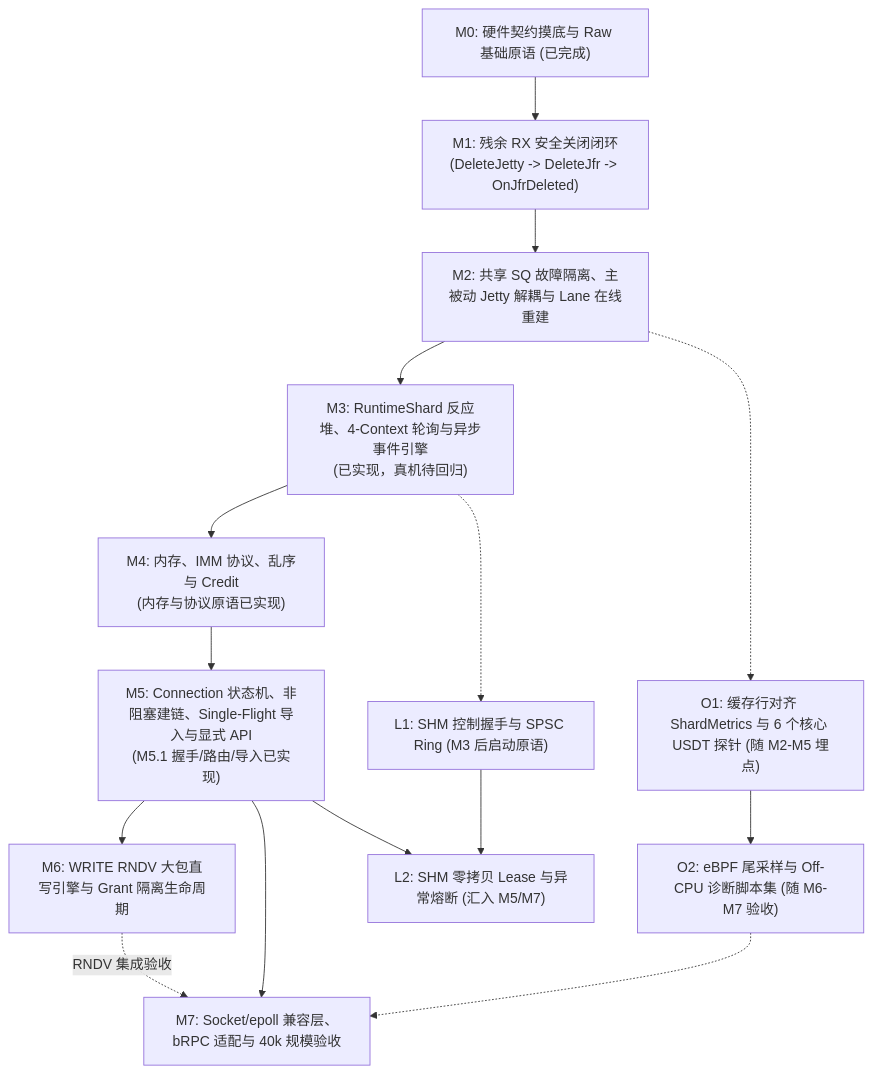
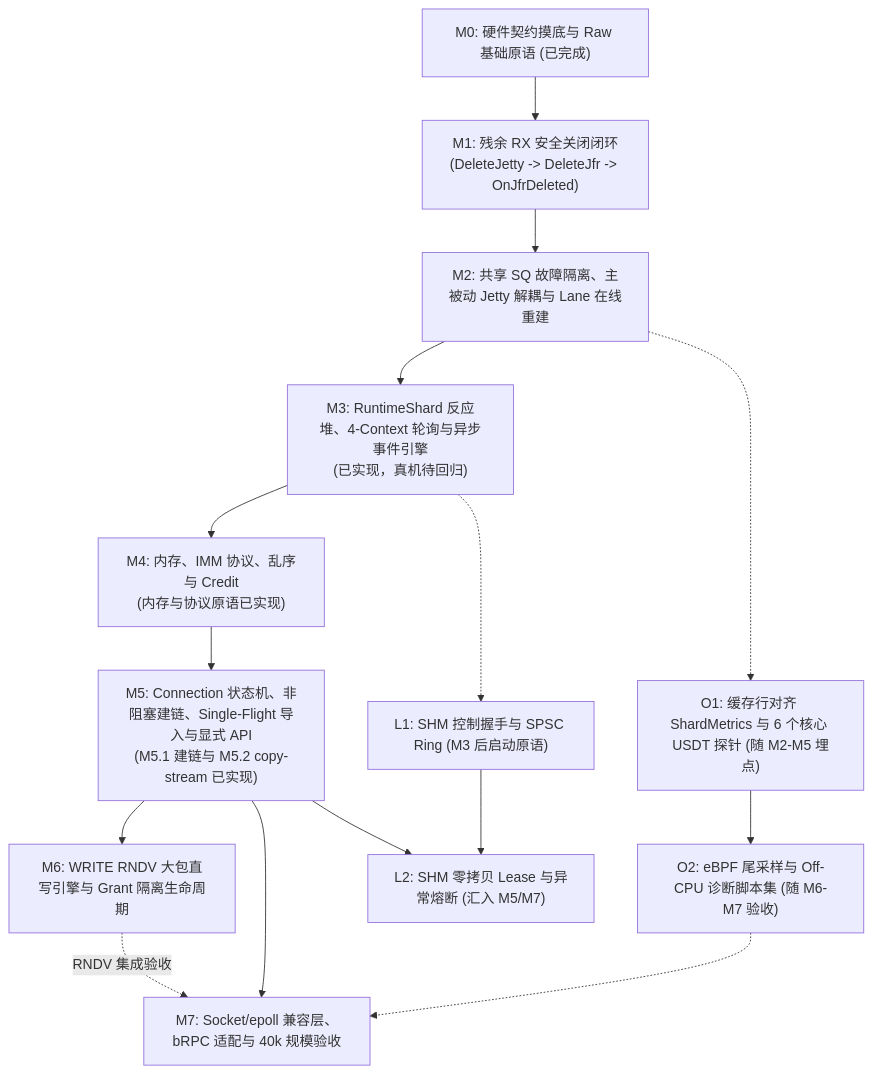
One commit to condy0919/kbsocket changed the diagram in docs/roadmap.md. Above: the diagram before and after it, drawn with Mermaid. The commit also changed other lines of this file and 28 other files, not shown here.

````diff
--- a/docs/roadmap.md
+++ b/docs/roadmap.md
@@ -41,25 +41,25 @@
 ```mermaid
 flowchart TD
     M0["M0: 硬件契约摸底与 Raw 基础原语 (已完成)"]
     M1["M1: 残余 RX 安全关闭闭环<br/>(DeleteJetty -> DeleteJfr -> OnJfrDeleted)"]
     M2["M2: 共享 SQ 故障隔离、主被动 Jetty 解耦与 Lane 在线重建"]
     M3["M3: RuntimeShard 反应堆、4-Context 轮询与异步事件引擎<br/>(已实现，真机待回归)"]
     M4["M4: 内存、IMM 协议、乱序与 Credit<br/>(内存与协议原语已实现)"]
-    M5["M5: Connection 状态机、非阻塞建链、Single-Flight 导入与显式 API<br/>(M5.1 握手/路由/导入已实现)"]
+    M5["M5: Connection 状态机、非阻塞建链、Single-Flight 导入与显式 API<br/>(M5.1 建链与 M5.2 copy-stream 已实现)"]
     M6["M6: WRITE RNDV 大包直写引擎与 Grant 隔离生命周期"]
     M7["M7: Socket/epoll 兼容层、bRPC 适配与 40k 规模验收"]
 
     L1["L1: SHM 控制握手与 SPSC Ring (M3 后启动原语)"]
     L2["L2: SHM 零拷贝 Lease 与异常熔断 (汇入 M5/M7)"]
     O1["O1: 缓存行对齐 ShardMetrics 与 6 个核心 USDT 探针 (随 M2-M5 埋点)"]
     O2["O2: eBPF 尾采样与 Off-CPU 诊断脚本集 (随 M6-M7 验收)"]
 
     M0 --> M1 --> M2 --> M3 --> M4 --> M5
     M5 --> M6
     M5 --> M7
     M6 -.->|"RNDV 集成验收"| M7
     M2 -.-> O1
     M3 -.-> L1 --> L2
     M5 --> L2
     O1 --> O2 -.-> M7
 ```
````
